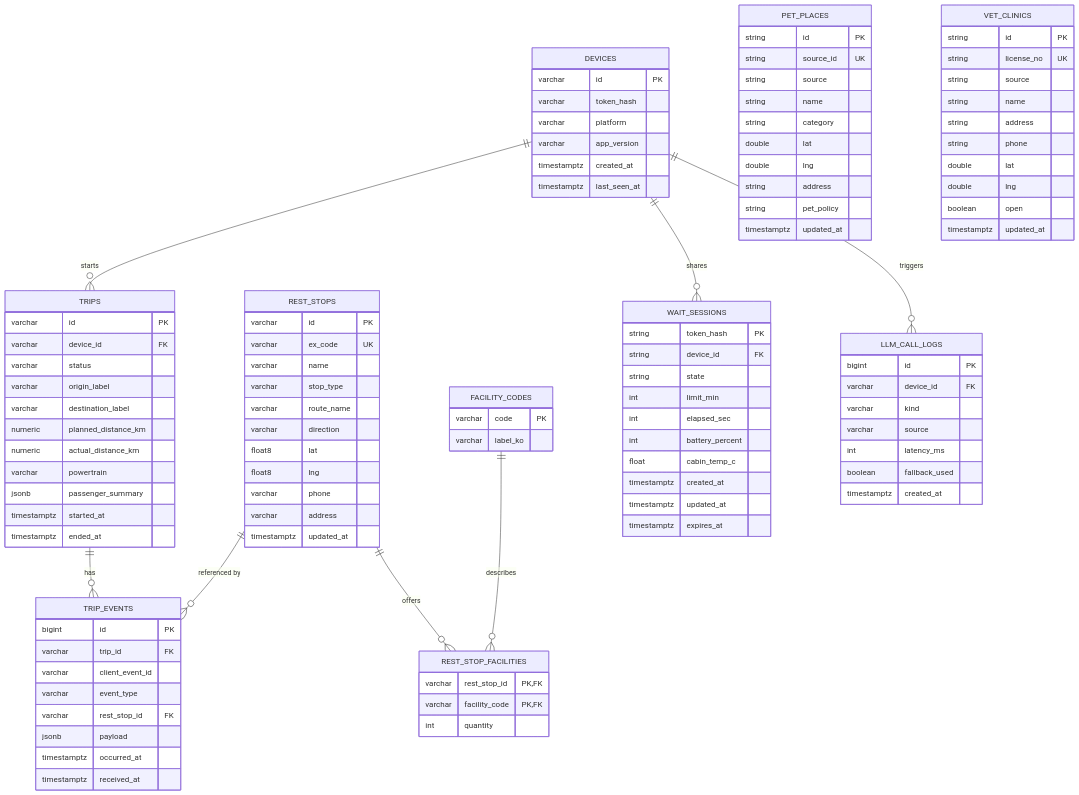
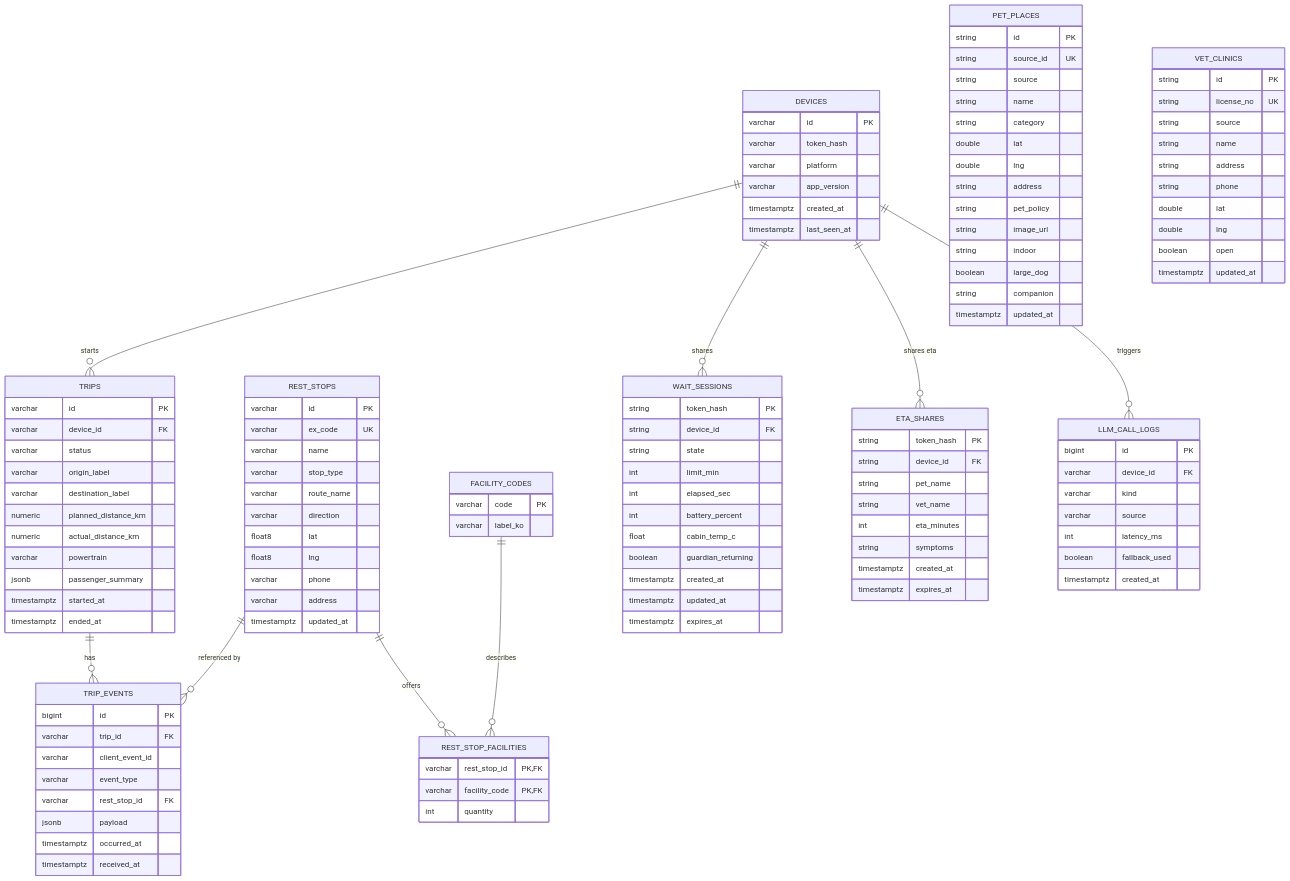
One commit to xuxtaku7610-del/every-moment-of-pause changed the first of 2 diagrams in database.md. Above: the diagram before and after it, drawn with Mermaid. The commit also changed other lines of this file and 166 other files, not shown here.

````diff
--- a/database.md
+++ b/database.md
@@ -14,6 +14,7 @@
     FACILITY_CODES ||--o{ REST_STOP_FACILITIES : "describes"
     REST_STOPS ||--o{ TRIP_EVENTS : "referenced by"
     DEVICES ||--o{ WAIT_SESSIONS : "shares"
+    DEVICES ||--o{ ETA_SHARES : "shares eta"
     DEVICES ||--o{ LLM_CALL_LOGS : "triggers"
 
     DEVICES {
@@ -88,6 +89,10 @@
         double lng
         string address
         string pet_policy
+        string image_url
+        string indoor
+        boolean large_dog
+        string companion
         timestamptz updated_at
     }
     VET_CLINICS {
@@ -110,8 +115,19 @@
         int elapsed_sec
         int battery_percent
         float cabin_temp_c
+        boolean guardian_returning
         timestamptz created_at
         timestamptz updated_at
         timestamptz expires_at
     }
+    ETA_SHARES {
+        string token_hash PK
+        string device_id FK
+        string pet_name
+        string vet_name
+        int eta_minutes
+        string symptoms
+        timestamptz created_at
+        timestamptz expires_at
+    }
 ```
````
